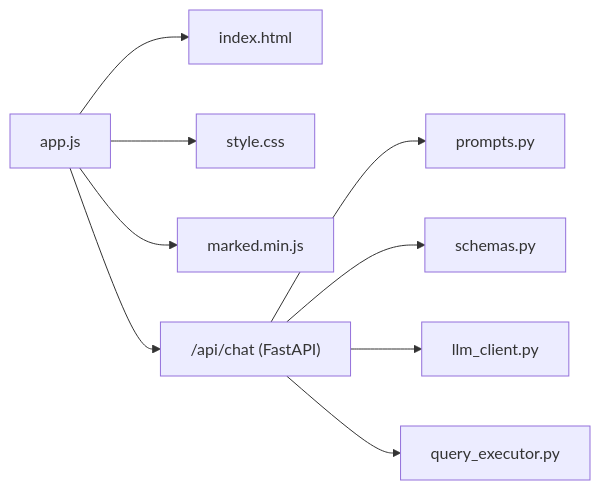
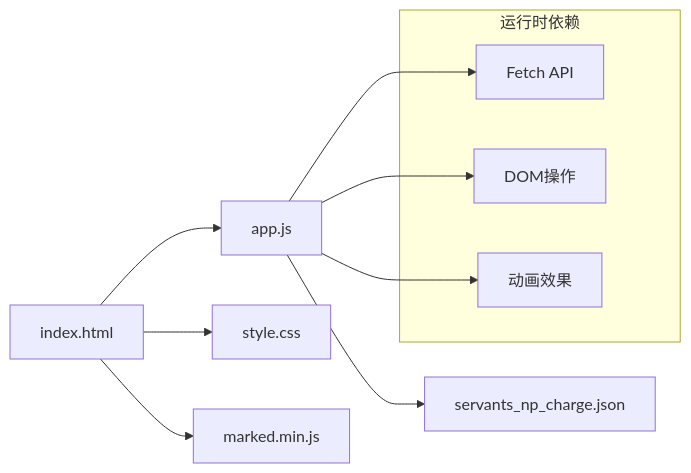
Before and after one commit to kanoha222/Laplace: diagram 12 of 12 in .qoder/repowiki/zh/content/前端界面.md, drawn with Mermaid. The commit also changed other lines of this file and 54 other files, not shown here.

````diff
--- a/.qoder/repowiki/zh/content/前端界面.md
+++ b/.qoder/repowiki/zh/content/前端界面.md
@@ -219,11 +393,15 @@
 ```mermaid
 graph LR
-APP["app.js"] --> HTML["index.html"]
-APP --> CSS["style.css"]
-APP --> MARKED["marked.min.js"]
-APP --> API["/api/chat (FastAPI)"]
-API --> PROMPTS["prompts.py"]
-API --> SCHEMAS["schemas.py"]
-API --> LLM["llm_client.py"]
-API --> QUERY["query_executor.py"]
+INDEX[index.html] --> APP[app.js]
+INDEX --> STYLE[style.css]
+INDEX --> MARKED[marked.min.js]
+APP --> DATA[servants_np_charge.json]
+subgraph "运行时依赖"
+FETCH[Fetch API]
+DOM[DOM操作]
+ANIMATION[动画效果]
+end
+APP --> FETCH
+APP --> DOM
+APP --> ANIMATION
 ```
````
